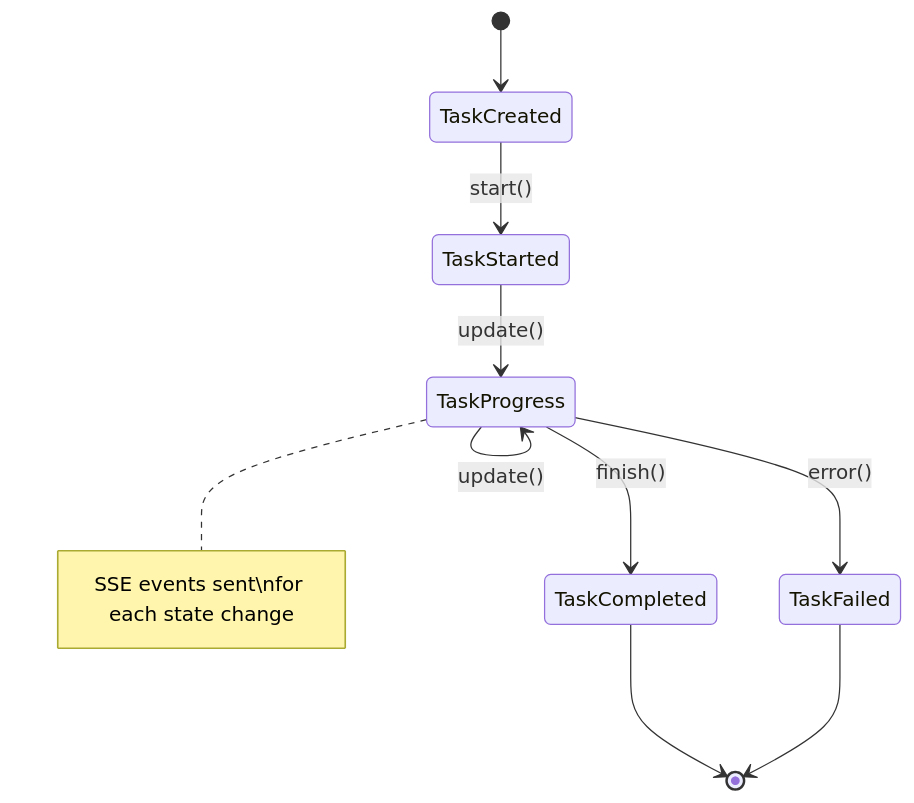
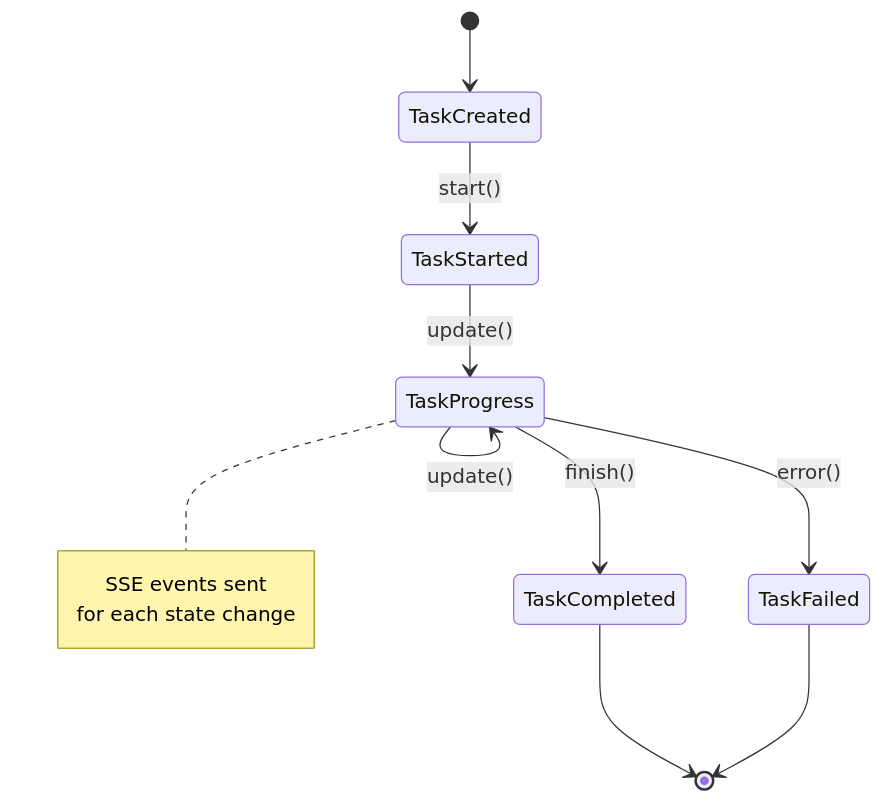
Before and after one commit to nitinkc/nitinkc.github.io: the tenth of 26 diagrams in _posts/microservices/2024-11-27-sse-springboot.md, drawn with Mermaid. The commit also changed other lines of this file and 4 other files, not shown here.

Commit message:
mermaid further changes

````diff
--- a/_posts/microservices/2024-11-27-sse-springboot.md
+++ b/_posts/microservices/2024-11-27-sse-springboot.md
@@ -456,13 +448,16 @@
 ```mermaid
 stateDiagram-v2
     [*] --> TaskCreated
     TaskCreated --> TaskStarted : start()
     TaskStarted --> TaskProgress : update()
     TaskProgress --> TaskProgress : update()
     TaskProgress --> TaskCompleted : finish()
     TaskProgress --> TaskFailed : error()
     TaskCompleted --> [*]
     TaskFailed --> [*]
     
-    note right of TaskProgress : SSE events sent\nfor each state change
+    note right of TaskProgress
+        SSE events sent
+        for each state change
+    end note
 ```
````
